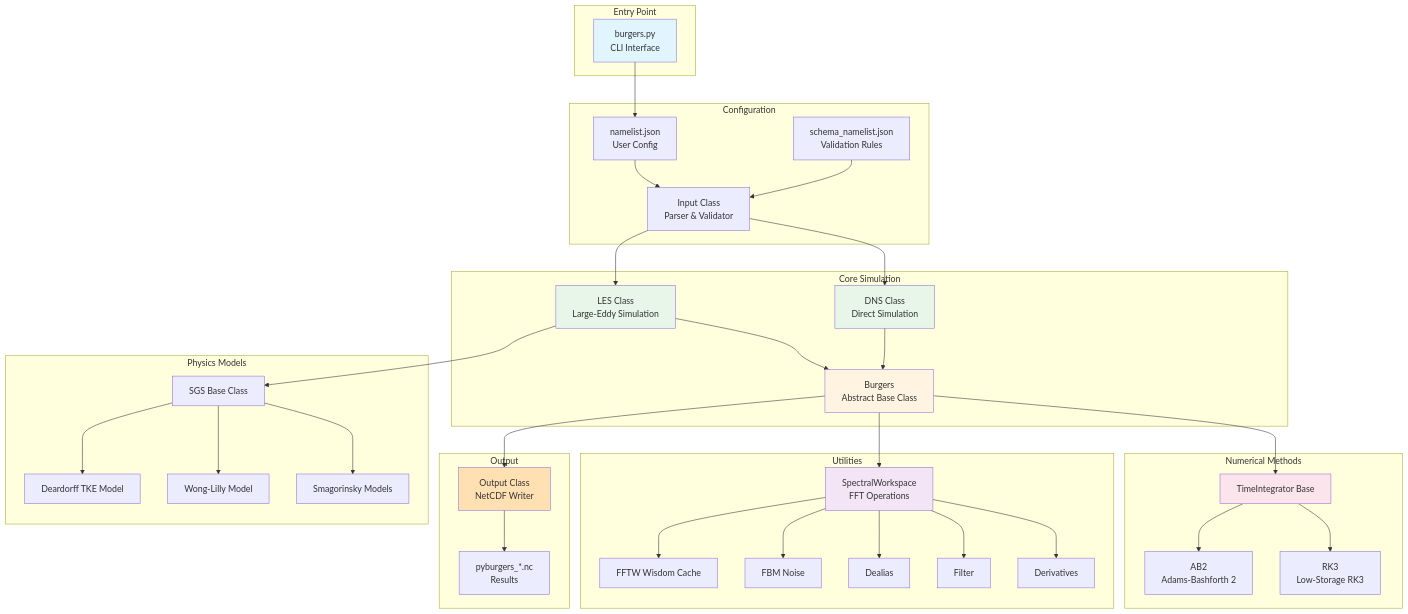
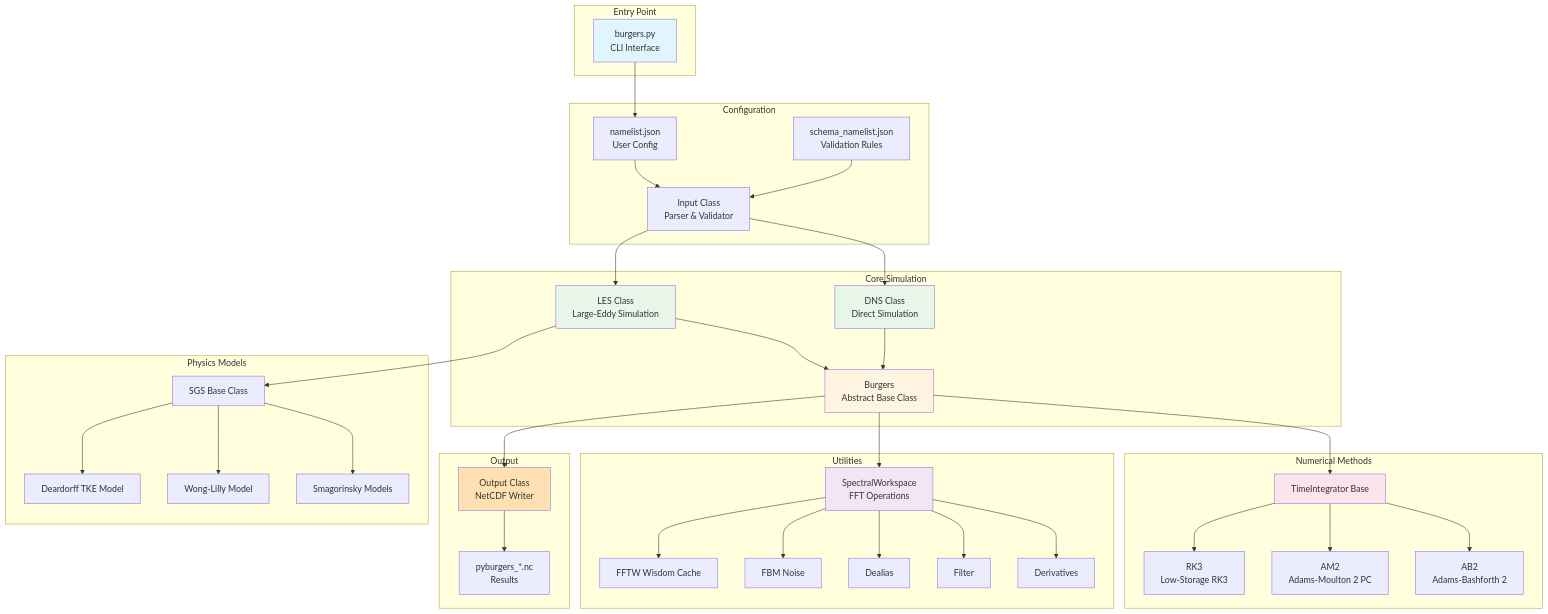
Before and after one commit to jeremygibbs/pyburgers: the first of 7 diagrams in docs/architecture.md, drawn with Mermaid. The commit also changed other lines of this file and 18 other files, not shown here.

Commit message:
Added Adams-Moulton time scheme. Squashed some bugs.

````diff
--- a/docs/architecture.md
+++ b/docs/architecture.md
@@ -7,76 +7,78 @@
 ```mermaid
 flowchart TB
     subgraph entry[Entry Point]
         CLI[burgers.py<br/>CLI Interface]
     end
 
     subgraph config[Configuration]
         NL[namelist.json<br/>User Config]
         Schema[schema_namelist.json<br/>Validation Rules]
         Input[Input Class<br/>Parser & Validator]
     end
 
     subgraph core[Core Simulation]
         Base[Burgers<br/>Abstract Base Class]
         DNS[DNS Class<br/>Direct Simulation]
         LES[LES Class<br/>Large-Eddy Simulation]
     end
 
     subgraph numerics[Numerical Methods]
         TI[TimeIntegrator Base]
+        AB2[AB2<br/>Adams-Bashforth 2]
+        AM2[AM2<br/>Adams-Moulton 2 PC]
         RK3[RK3<br/>Low-Storage RK3]
-        AB2[AB2<br/>Adams-Bashforth 2]
     end
 
     subgraph physics[Physics Models]
         SGS[SGS Base Class]
         Smag[Smagorinsky Models]
         Wong[Wong-Lilly Model]
         Dear[Deardorff TKE Model]
     end
 
     subgraph utils[Utilities]
         Spectral[SpectralWorkspace<br/>FFT Operations]
         Deriv[Derivatives]
         Filter[Filter]
         Dealias[Dealias]
         FBM[FBM Noise]
         FFTW[FFTW Wisdom Cache]
     end
 
     subgraph output[Output]
         Output[Output Class<br/>NetCDF Writer]
         NC[pyburgers_*.nc<br/>Results]
     end
 
     CLI --> NL
     NL --> Input
     Schema --> Input
     Input --> DNS
     Input --> LES
     DNS --> Base
     LES --> Base
     LES --> SGS
     Base --> TI
+    TI --> AB2
+    TI --> AM2
     TI --> RK3
-    TI --> AB2
     SGS --> Smag
     SGS --> Wong
     SGS --> Dear
     Base --> Spectral
     Spectral --> Deriv
     Spectral --> Filter
     Spectral --> Dealias
     Spectral --> FBM
     Spectral --> FFTW
     Base --> Output
     Output --> NC
 
     style CLI fill:#e1f5ff
     style Base fill:#fff4e1
     style DNS fill:#e8f5e9
     style LES fill:#e8f5e9
     style Spectral fill:#f3e5f5
     style TI fill:#fce4ec
     style Output fill:#ffe0b2
 ```
````
